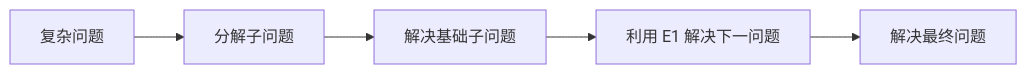
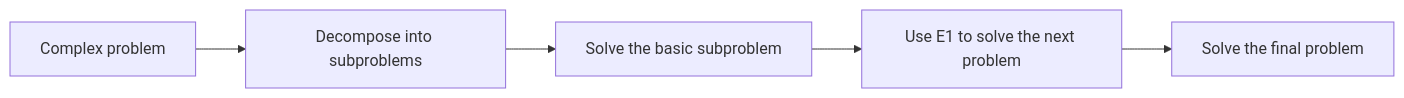
One commit to oneleaveknowsthefall/awesome-ai-roadmap changed the fifth of 17 diagrams in docs/agent/02-reasoning-planning/05-agent-reasoning-methods.md. Above: the diagram before and after it, drawn with Mermaid. The commit also changed other lines of this file and 68 other files, not shown here.

````diff
--- a/docs/agent/02-reasoning-planning/05-agent-reasoning-methods.md
+++ b/docs/agent/02-reasoning-planning/05-agent-reasoning-methods.md
@@ -224,7 +224,7 @@
 ```mermaid
 flowchart LR
-    Q[复杂问题] --> D[分解子问题]
-    D --> E1[解决基础子问题]
-    E1 --> E2[利用 E1 解决下一问题]
-    E2 --> EN[解决最终问题]
+    Q[Complex problem] --> D[Decompose into subproblems]
+    D --> E1[Solve the basic subproblem]
+    E1 --> E2[Use E1 to solve the next problem]
+    E2 --> EN[Solve the final problem]
 ```
````
